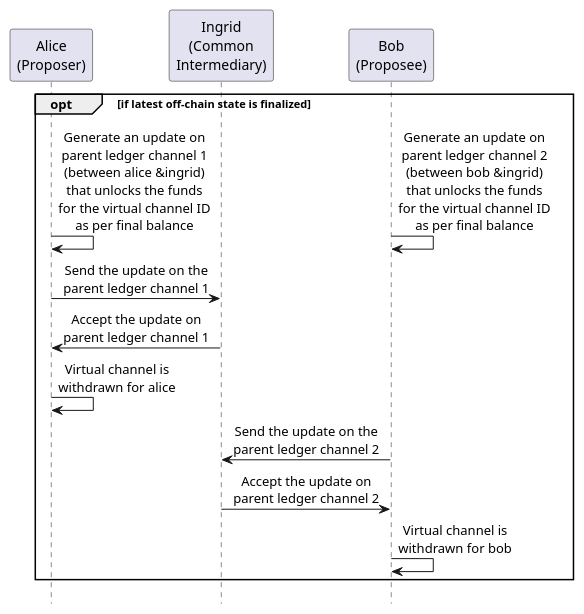
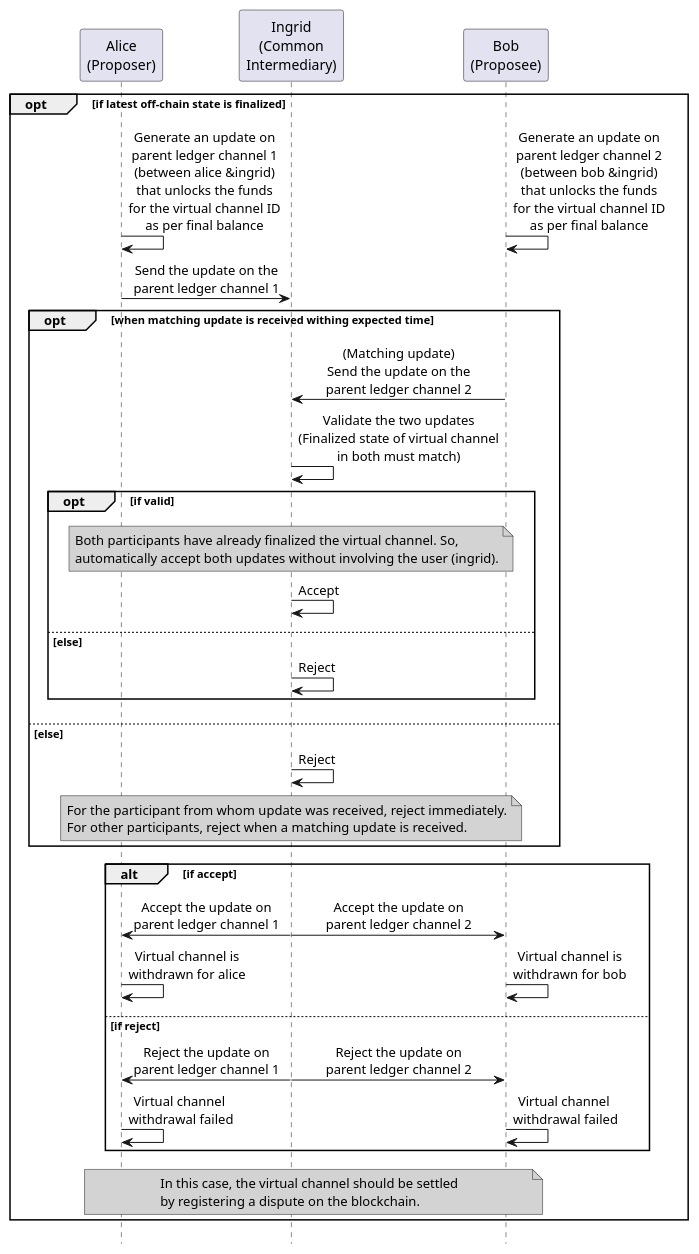
One commit to hyperledger-labs/perun-doc changed the diagram in source/images/concepts/settle_withdraw_virtual.plantuml. Above: the diagram before and after it, drawn with PlantUML. The commit also changed 13 other files, not shown here.

```diff
--- a/source/images/concepts/settle_withdraw_virtual.plantuml
+++ b/source/images/concepts/settle_withdraw_virtual.plantuml
@@ -4,23 +4,60 @@
 @startuml settle_withdraw_virtual
 !pragma teoz true
 hide footbox
 skinparam SequenceMessageAlign center
 
 participant "Alice\n(Proposer)" as alice
 participant "Ingrid\n(Common\nIntermediary)" as ingrid
 participant "Bob\n(Proposee)" as bob
 
 opt if latest off-chain state is finalized
 alice -> alice: Generate an update on\nparent ledger channel 1\n(between alice &ingrid)\nthat unlocks the funds\nfor the virtual channel ID\nas per final balance
 &bob -> bob: Generate an update on\nparent ledger channel 2\n(between bob &ingrid)\nthat unlocks the funds\nfor the virtual channel ID\nas per final balance
 
 alice -> ingrid: Send the update on the\nparent ledger channel 1
+
+opt when matching update is received withing expected time
+ingrid <- bob: (Matching update)\nSend the update on the\nparent ledger channel 2
+
+ingrid -> ingrid: Validate the two updates\n(Finalized state of virtual channel\nin both must match)
+
+opt if valid
+note over ingrid #LightGray
+Both participants have already finalized the virtual channel. So,
+automatically accept both updates without involving the user (ingrid).
+end note
+ingrid -> ingrid: Accept
+else else
+ingrid -> ingrid: Reject
+end
+
+else else
+ingrid -> ingrid: Reject
+note over ingrid #LightGray
+For the participant from whom update was received, reject immediately.
+For other participants, reject when a matching update is received.
+end note
+end
+
+alt if accept
 alice <- ingrid: Accept the update on\nparent ledger channel 1
+&ingrid -> bob: Accept the update on\nparent ledger channel 2
+
 alice -> alice: Virtual channel is\nwithdrawn for alice
+&bob -> bob: Virtual channel is\nwithdrawn for bob
 
-ingrid <- bob: Send the update on the\nparent ledger channel 2
-ingrid -> bob: Accept the update on\nparent ledger channel 2
-bob -> bob: Virtual channel is\nwithdrawn for bob
+else if reject
+alice <- ingrid: Reject the update on\nparent ledger channel 1
+&ingrid -> bob: Reject the update on\nparent ledger channel 2
+
+alice -> alice: Virtual channel \nwithdrawal failed
+&bob -> bob: Virtual channel \nwithdrawal failed
+end
+note over alice, bob #LightGray
+In this case, the virtual channel should be settled
+by registering a dispute on the blockchain.
+end note
+
 end
 
 @enduml
```
